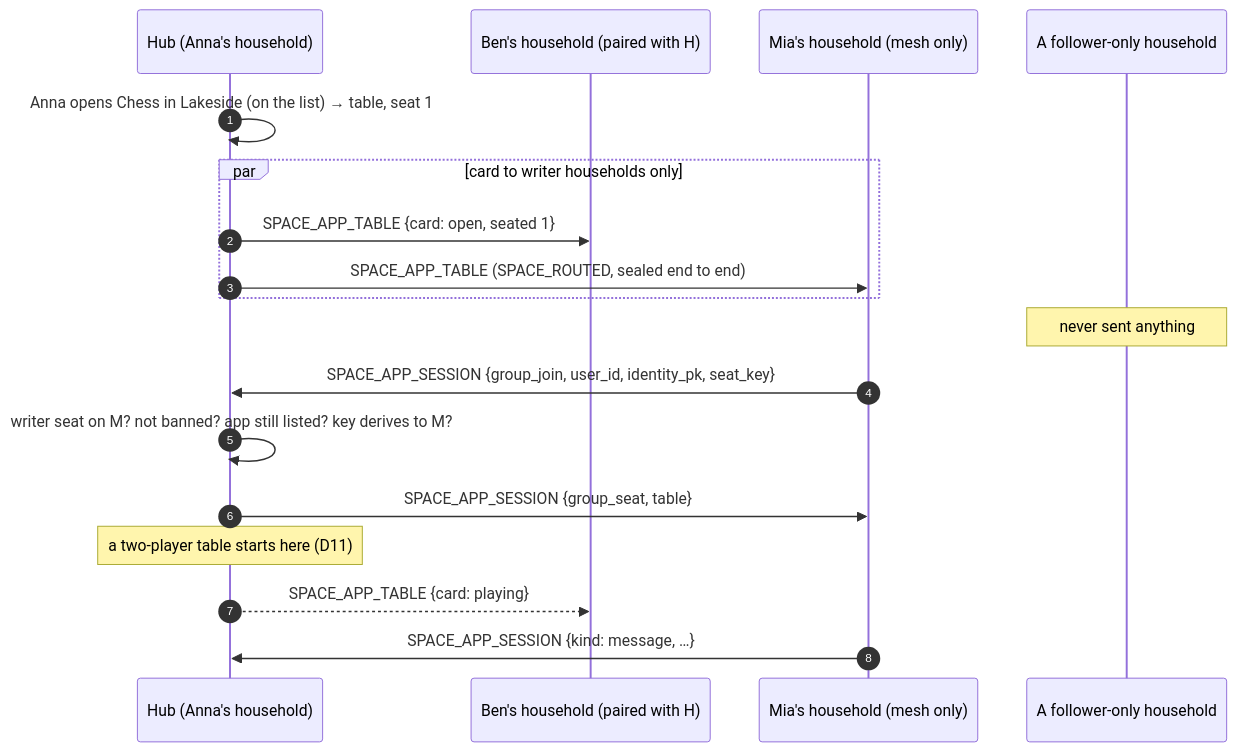
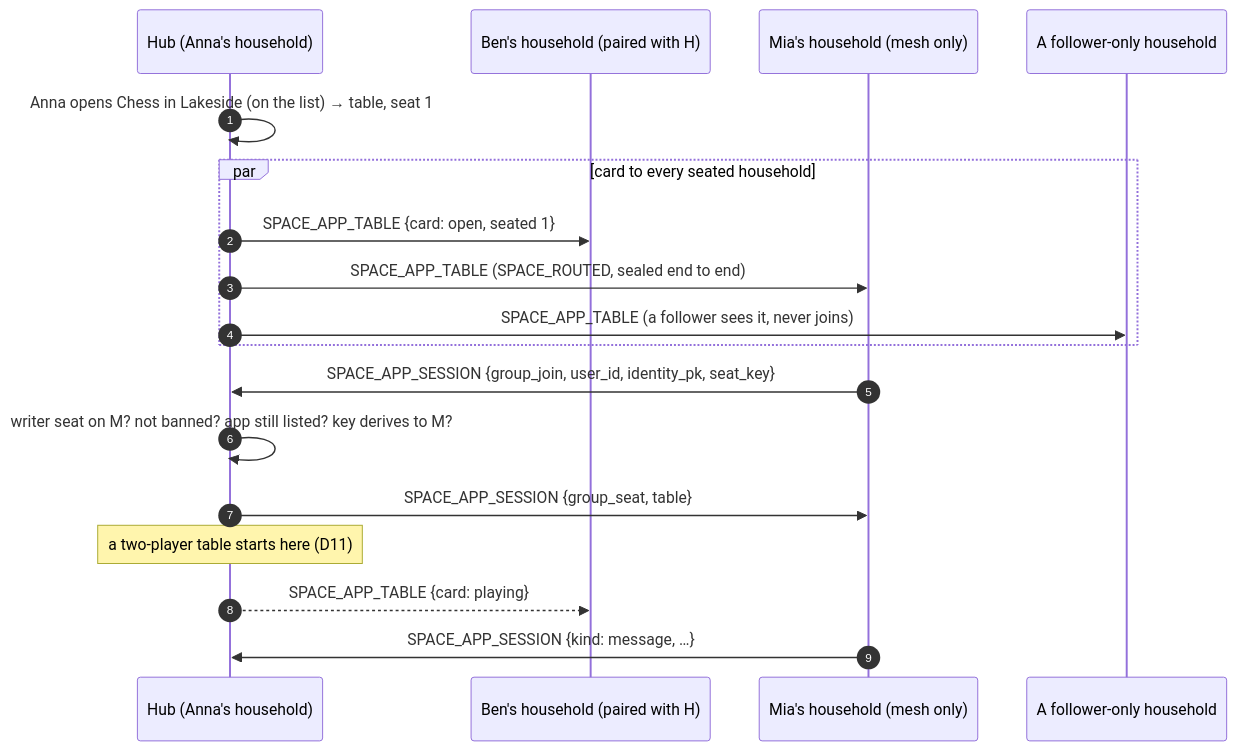
The third of 3 diagrams in docs/protocol/app-groups.md (social-home-io/socialhome), drawn with Mermaid before and after one commit. The commit also changed other lines of this file and 447 other files, not shown here.

First line of the commit message:
Follow any public or global space with one read-only seat, on every path — and step up to member when you want (#1434)

````diff
--- a/docs/protocol/app-groups.md
+++ b/docs/protocol/app-groups.md
@@ -612,20 +612,20 @@
 ```mermaid
 sequenceDiagram
     autonumber
     participant H as Hub (Anna's household)
     participant B as Ben's household (paired with H)
     participant M as Mia's household (mesh only)
     participant F as A follower-only household
     H->>H: Anna opens Chess in Lakeside (on the list) → table, seat 1
-    par card to writer households only
+    par card to every seated household
         H->>B: SPACE_APP_TABLE {card: open, seated 1}
         H->>M: SPACE_APP_TABLE (SPACE_ROUTED, sealed end to end)
+        H->>F: SPACE_APP_TABLE (a follower sees it, never joins)
     end
-    Note over F: never sent anything
     M->>H: SPACE_APP_SESSION {group_join, user_id, identity_pk, seat_key}
     H->>H: writer seat on M? not banned? app still listed? key derives to M?
     H->>M: SPACE_APP_SESSION {group_seat, table}
     Note over H: a two-player table starts here (D11)
     H-->>B: SPACE_APP_TABLE {card: playing}
     M->>H: SPACE_APP_SESSION {kind: message, …}
 ```
````
